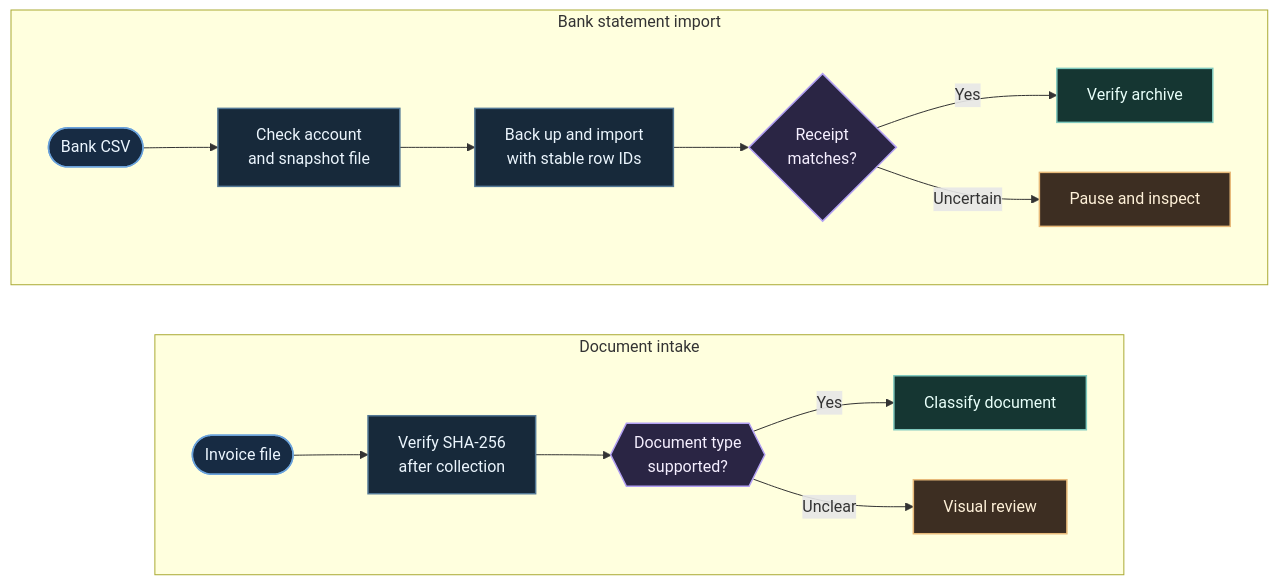
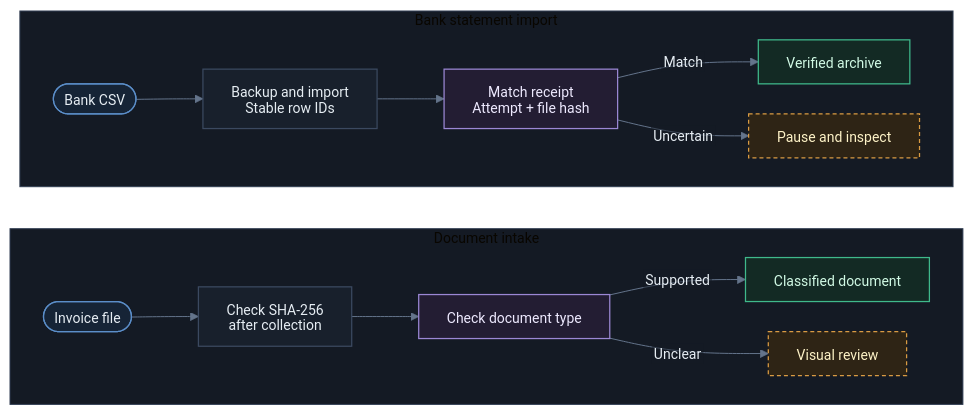
The diagram in diagrams/bank-imports.mmd (kazuall/finance-process-portfolio), drawn with Mermaid before and after one commit. The commit also changed 12 other files, not shown here.

```diff
--- a/diagrams/bank-imports.mmd
+++ b/diagrams/bank-imports.mmd
@@ -1,22 +1,46 @@
+---
+config:
+  theme: base
+  htmlLabels: false
+  themeVariables:
+    darkMode: true
+    background: transparent
+    fontFamily: 'Inter, -apple-system, BlinkMacSystemFont, Segoe UI, sans-serif'
+    fontSize: '14px'
+    primaryTextColor: '#e6edf3'
+    lineColor: '#64748b'
+    textColor: '#e6edf3'
+    edgeLabelBackground: '#141a24'
+    clusterBkg: '#141a24'
+    clusterBorder: '#303d52'
+  flowchart:
+    htmlLabels: false
+    useMaxWidth: false
+    nodeSpacing: 30
+    rankSpacing: 42
+    padding: 14
+    diagramPadding: 10
+    curve: basis
+  themeCSS: 'text{font-family: Inter, "Segoe UI", Arial, sans-serif;}.node rect.label-container{rx:8px;ry:8px}.cluster rect{rx:8px;ry:8px}.edgeLabel .labelBkg{fill:#141a24 !important}.edgeLabel text{fill:#c5d2e4 !important}.cluster-label text{fill:#c5d2e4 !important;font-weight:600}'
+---
 flowchart TB
   subgraph bank["Bank statement import"]
     direction LR
-    file(["Bank CSV"]):::feed --> gate["Check account<br/>and snapshot file"]:::data
-    gate --> write["Back up and import<br/>with stable row IDs"]:::data
-    write --> receipt{"Receipt<br/>matches?"}:::check
-    receipt -->|Yes| done["Verify archive"]:::confirmed
-    receipt -->|Uncertain| pause["Pause and inspect"]:::review
+    csv(["Bank CSV"]):::source --> import["Backup and import<br/>Stable row IDs"]:::process
+    import --> receipt["Match receipt<br/>Attempt + file hash"]:::check
+    receipt -->|Match| archive["Verified archive"]:::output
+    receipt -->|Uncertain| pause["Pause and inspect"]:::human
   end
-  subgraph admin["Document intake"]
+  subgraph docs["Document intake"]
     direction LR
-    doc(["Invoice file"]):::feed --> hash["Verify SHA-256<br/>after collection"]:::data
-    hash --> evidence{{"Document type<br/>supported?"}}:::check
-    evidence -->|Yes| classify["Classify document"]:::confirmed
-    evidence -->|Unclear| review["Visual review"]:::review
+    file(["Invoice file"]):::source --> hash["Check SHA-256<br/>after collection"]:::process
+    hash --> type["Check document type"]:::check
+    type -->|Supported| sort["Classified document"]:::output
+    type -->|Unclear| review["Visual review"]:::human
   end
-  bank ~~~ admin
-  classDef feed fill:#172b43,stroke:#6aa2db,stroke-width:1.5px,color:#ecf6ff
-  classDef data fill:#17293a,stroke:#537895,stroke-width:1.5px,color:#ebf5fd
-  classDef check fill:#2a2544,stroke:#b2a0f3,stroke-width:1.5px,color:#f5efff
-  classDef review fill:#3d2e22,stroke:#e7b979,stroke-width:1.5px,color:#fff1d9
-  classDef confirmed fill:#153632,stroke:#80cabe,stroke-width:1.5px,color:#e8fffa
+  bank ~~~ docs
+  classDef source fill:#162436,stroke:#5b8ec9,color:#e6edf3,stroke-width:1.25px
+  classDef process fill:#18202c,stroke:#3b4960,color:#e6edf3,stroke-width:1.25px
+  classDef check fill:#231d33,stroke:#9b87d4,color:#ede9fe,stroke-width:1.25px
+  classDef human fill:#2e2415,stroke:#d99b43,color:#fef3c7,stroke-width:1.25px,stroke-dasharray:4 3
+  classDef output fill:#132a24,stroke:#3fb98b,color:#d1fae5,stroke-width:1.25px
```
